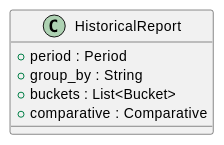
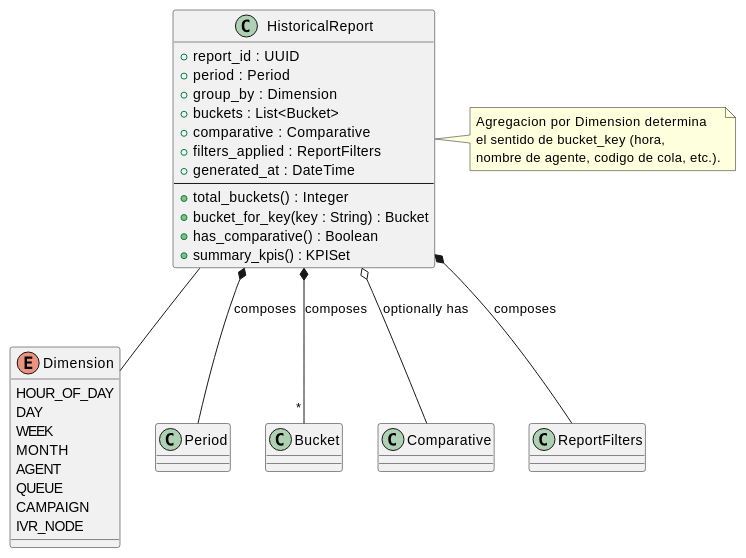
One commit to jcg-admin/IACT-docs changed the diagram in source/arquitectura-tecnica/domain-model/historical-report.rst. Above: the diagram before and after it, drawn with PlantUML. The commit also changed other lines of this file and 12 other files, not shown here.

```diff
--- a/source/arquitectura-tecnica/domain-model/historical-report.rst
+++ b/source/arquitectura-tecnica/domain-model/historical-report.rst
@@ -25,13 +29,50 @@
 .. uml::
- :caption: Clase HistoricalReport — stub pendiente de desarrollo.
+ :caption: Clase HistoricalReport — agregación de Buckets
+           con comparativa opcional sobre un período.
 
  @startuml
 
  class HistoricalReport {
-  + period : Period
-  + group_by : String
-  + buckets : List<Bucket>
-  + comparative : Comparative
+   + report_id : UUID
+   + period : Period
+   + group_by : Dimension
+   + buckets : List<Bucket>
+   + comparative : Comparative
+   + filters_applied : ReportFilters
+   + generated_at : DateTime
+   --
+   + total_buckets() : Integer
+   + bucket_for_key(key : String) : Bucket
+   + has_comparative() : Boolean
+   + summary_kpis() : KPISet
  }
 
+ enum Dimension {
+   HOUR_OF_DAY
+   DAY
+   WEEK
+   MONTH
+   AGENT
+   QUEUE
+   CAMPAIGN
+   IVR_NODE
+ }
+
+ class Period
+ class Bucket
+ class Comparative
+ class ReportFilters
+
+ HistoricalReport *-- Period : composes
+ HistoricalReport *-- "*" Bucket : composes
+ HistoricalReport o-- Comparative : optionally has
+ HistoricalReport *-- ReportFilters : composes
+ HistoricalReport -- Dimension
+
+ note right of HistoricalReport
+   Agregacion por Dimension determina
+   el sentido de bucket_key (hora,
+   nombre de agente, codigo de cola, etc.).
+ end note
+
  @enduml
```
